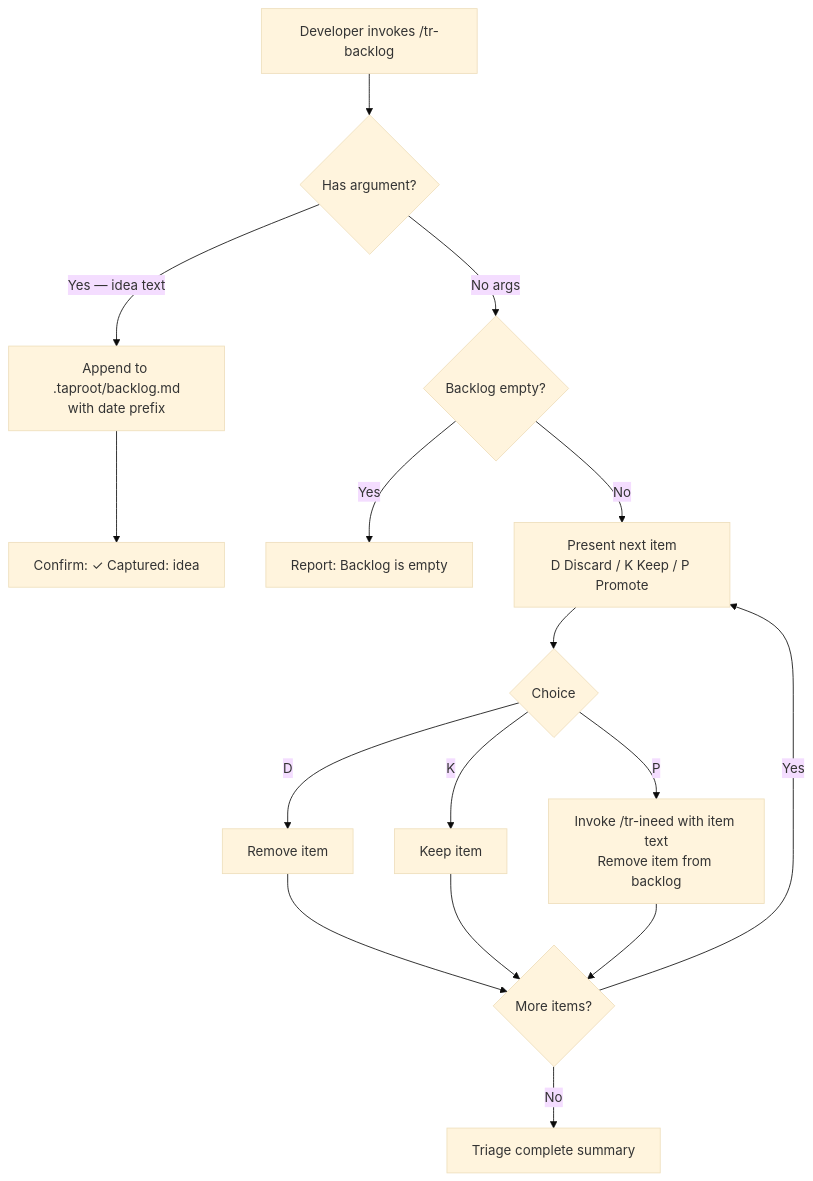
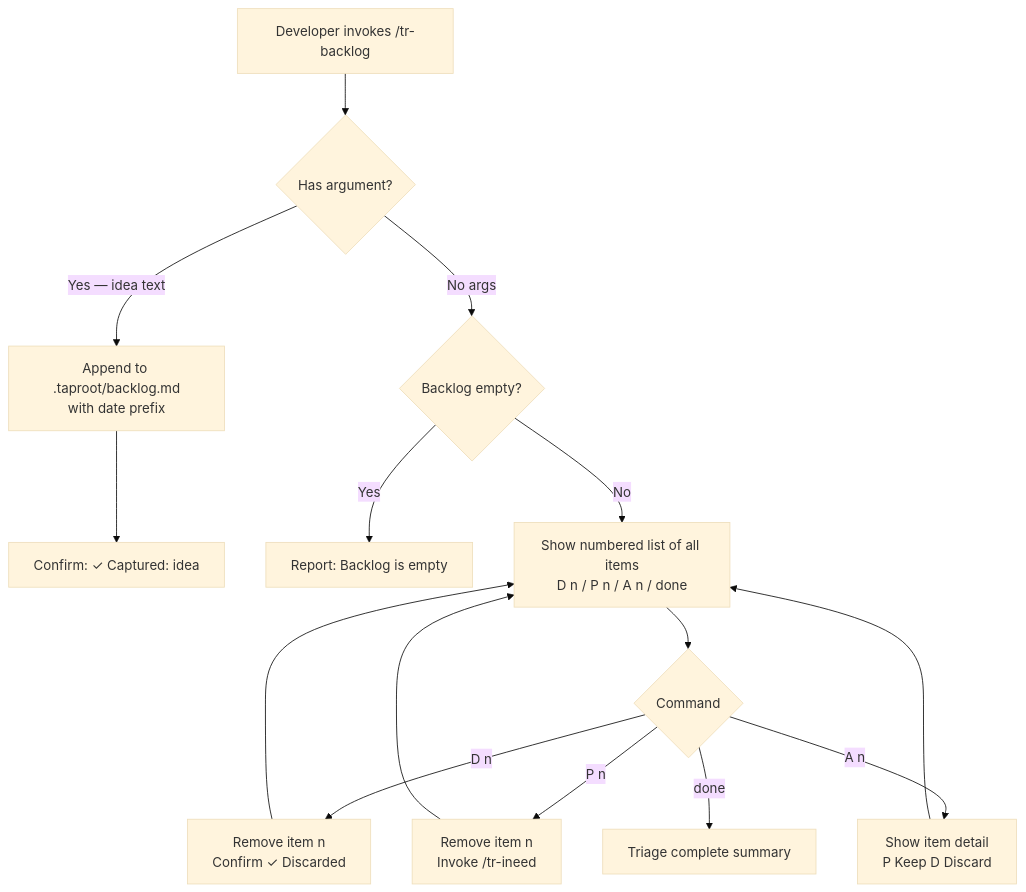
Before and after one commit to imix/taproot: the diagram in taproot/taproot-backlog/manage-backlog/usecase.md, drawn with Mermaid (base theme). The commit also changed other lines of this file, not shown here.

Commit message:
taproot(taproot-backlog/manage-backlog): refine triage to numbered list with D/P/A <n> commands

````diff
--- a/taproot/taproot-backlog/manage-backlog/usecase.md
+++ b/taproot/taproot-backlog/manage-backlog/usecase.md
@@ -67,15 +74,14 @@
 ```mermaid
 flowchart TD
     A[Developer invokes /tr-backlog] --> B{Has argument?}
     B -->|Yes — idea text| C[Append to .taproot/backlog.md\nwith date prefix]
     C --> D[Confirm: ✓ Captured: idea]
     B -->|No args| E{Backlog empty?}
     E -->|Yes| F[Report: Backlog is empty]
-    E -->|No| G[Present next item\nD Discard / K Keep / P Promote]
-    G --> H{Choice}
-    H -->|D| I[Remove item] --> J{More items?}
-    H -->|K| K[Keep item] --> J
-    H -->|P| L[Invoke /tr-ineed with item text\nRemove item from backlog] --> J
-    J -->|Yes| G
-    J -->|No| M[Triage complete summary]
+    E -->|No| G[Show numbered list of all items\nD n / P n / A n / done]
+    G --> H{Command}
+    H -->|D n| I[Remove item n\nConfirm ✓ Discarded] --> G
+    H -->|P n| L[Remove item n\nInvoke /tr-ineed] --> G
+    H -->|A n| N[Show item detail\nP Keep D Discard] --> G
+    H -->|done| M[Triage complete summary]
 ```
````
